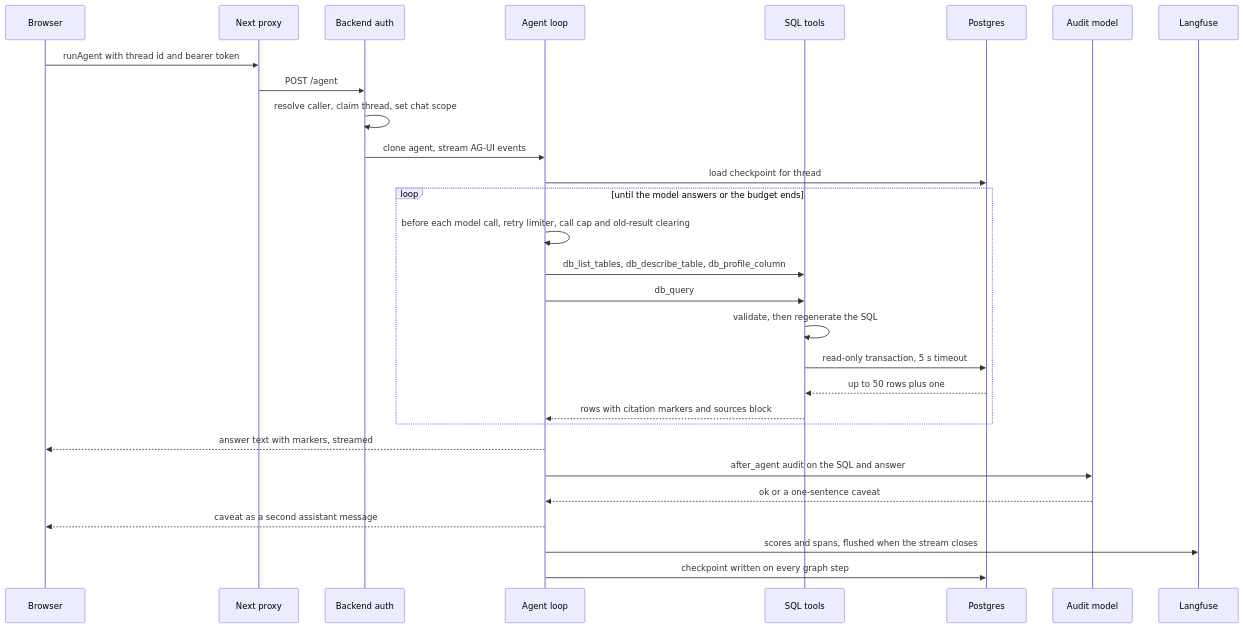
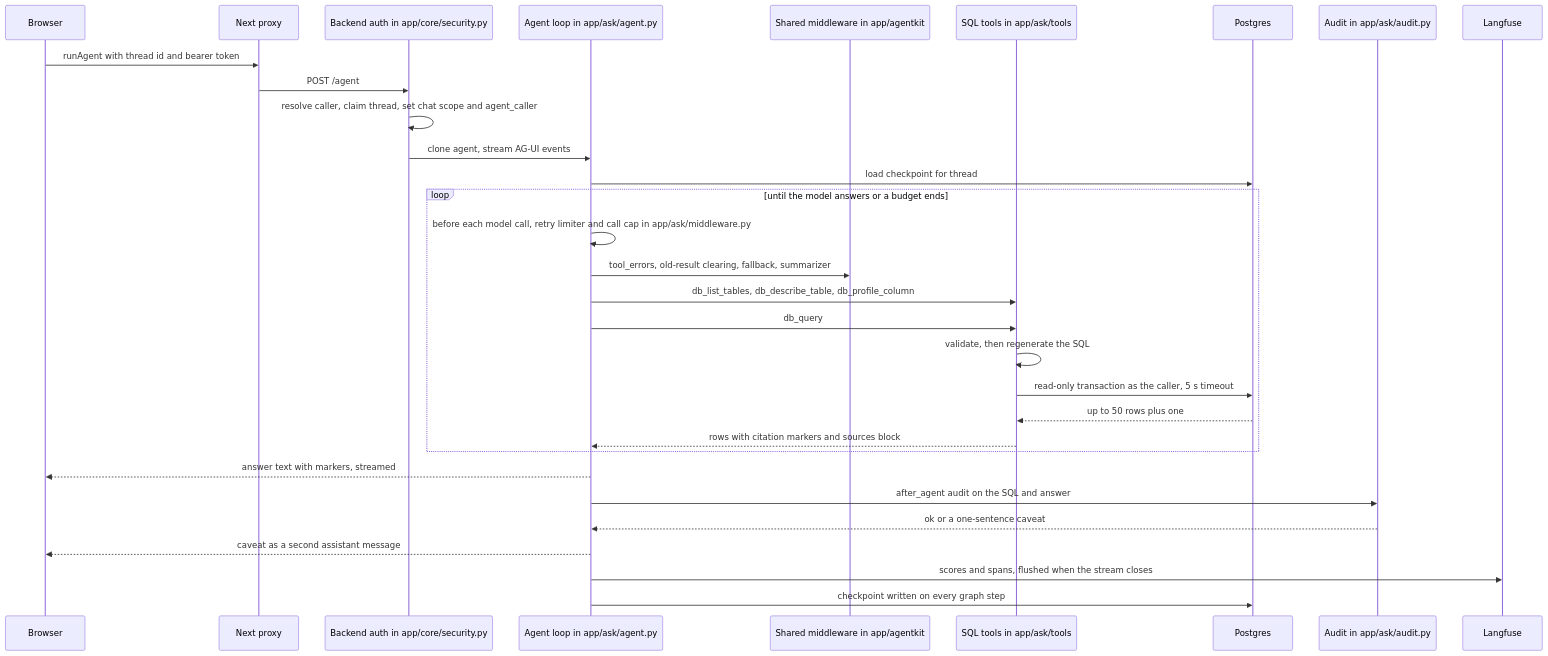
Before and after one commit to project-tech4dev/sangam: the diagram in openwiki/workflows/ask-turn.md, drawn with Mermaid. The commit also changed other lines of this file and 107 other files, not shown here.

First line of the commit message:
refactor(ask): rename app/agent/ to app/ask/ (phase 6) (#374)

````diff
--- a/openwiki/workflows/ask-turn.md
+++ b/openwiki/workflows/ask-turn.md
@@ -95,32 +107,34 @@
 ```mermaid
 sequenceDiagram
     participant B as Browser
     participant P as Next proxy
-    participant A as Backend auth
-    participant G as Agent loop
-    participant S as SQL tools
+    participant A as Backend auth in app/core/security.py
+    participant G as Agent loop in app/ask/agent.py
+    participant K as Shared middleware in app/agentkit
+    participant S as SQL tools in app/ask/tools
     participant D as Postgres
-    participant U as Audit model
+    participant U as Audit in app/ask/audit.py
     participant T as Langfuse
 
     B->>P: runAgent with thread id and bearer token
     P->>A: POST /agent
-    A->>A: resolve caller, claim thread, set chat scope
+    A->>A: resolve caller, claim thread, set chat scope and agent_caller
     A->>G: clone agent, stream AG-UI events
     G->>D: load checkpoint for thread
-    loop until the model answers or the budget ends
-        G->>G: before each model call, retry limiter, call cap and old-result clearing
+    loop until the model answers or a budget ends
+        G->>G: before each model call, retry limiter and call cap in app/ask/middleware.py
+        G->>K: tool_errors, old-result clearing, fallback, summarizer
         G->>S: db_list_tables, db_describe_table, db_profile_column
         G->>S: db_query
         S->>S: validate, then regenerate the SQL
-        S->>D: read-only transaction, 5 s timeout
+        S->>D: read-only transaction as the caller, 5 s timeout
         D-->>S: up to 50 rows plus one
         S-->>G: rows with citation markers and sources block
     end
     G-->>B: answer text with markers, streamed
     G->>U: after_agent audit on the SQL and answer
     U-->>G: ok or a one-sentence caveat
     G-->>B: caveat as a second assistant message
     G->>T: scores and spans, flushed when the stream closes
     G->>D: checkpoint written on every graph step
 ```
````
